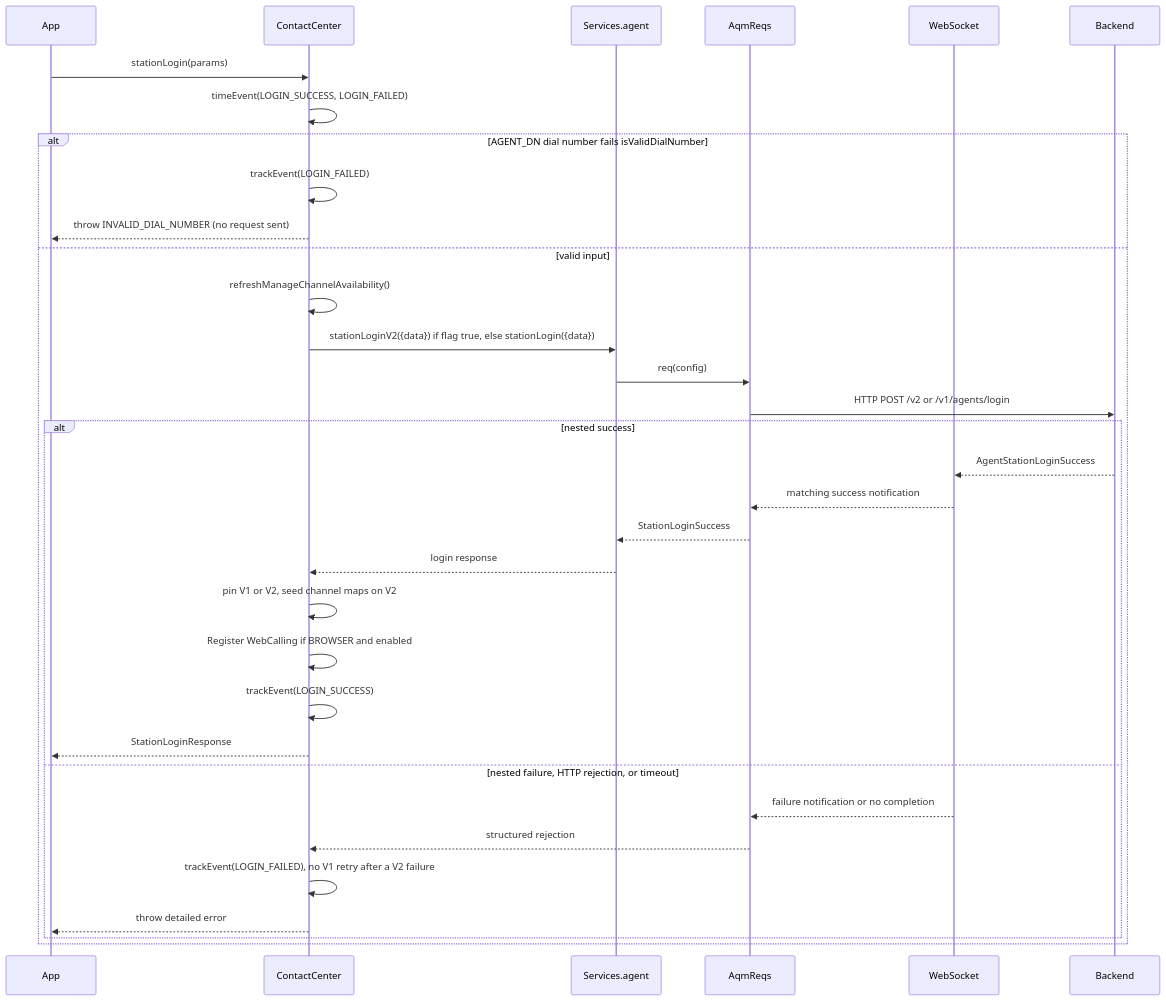
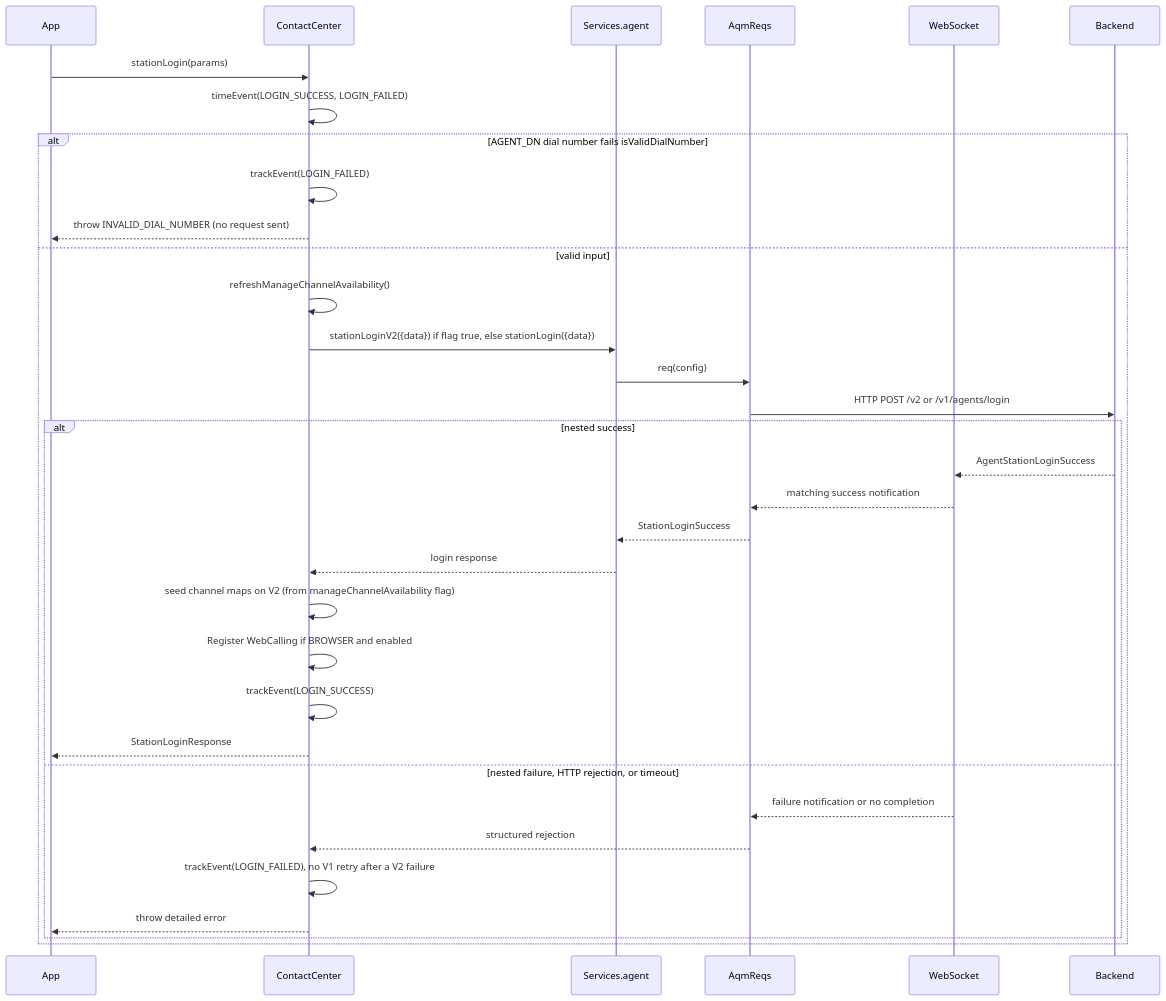
One commit to webex/webex-js-sdk changed the first of 7 diagrams in packages/@webex/contact-center/src/services/agent/docs/README.md. Above: the diagram before and after it, drawn with Mermaid. The commit also changed other lines of this file and 4 other files, not shown here.

First line of the commit message:
refactor(contact-center): remove pinnedVersion - use manageChannelAvailability directly

````diff
--- a/packages/@webex/contact-center/src/services/agent/docs/README.md
+++ b/packages/@webex/contact-center/src/services/agent/docs/README.md
@@ -385,35 +385,35 @@
 ```mermaid
 sequenceDiagram
     participant App
     participant CC as ContactCenter
     participant Svc as Services.agent
     participant AQM as AqmReqs
     participant WS as WebSocket
     participant BE as Backend
     App->>CC: stationLogin(params)
     CC->>CC: timeEvent(LOGIN_SUCCESS, LOGIN_FAILED)
     alt AGENT_DN dial number fails isValidDialNumber
       CC->>CC: trackEvent(LOGIN_FAILED)
       CC-->>App: throw INVALID_DIAL_NUMBER (no request sent)
     else valid input
       CC->>CC: refreshManageChannelAvailability()
       CC->>Svc: stationLoginV2({data}) if flag true, else stationLogin({data})
       Svc->>AQM: req(config)
       AQM->>BE: HTTP POST /v2 or /v1/agents/login
       alt nested success
         BE-->>WS: AgentStationLoginSuccess
         WS-->>AQM: matching success notification
         AQM-->>Svc: StationLoginSuccess
         Svc-->>CC: login response
-        CC->>CC: pin V1 or V2, seed channel maps on V2
+        CC->>CC: seed channel maps on V2 (from manageChannelAvailability flag)
         CC->>CC: Register WebCalling if BROWSER and enabled
         CC->>CC: trackEvent(LOGIN_SUCCESS)
         CC-->>App: StationLoginResponse
       else nested failure, HTTP rejection, or timeout
         WS-->>AQM: failure notification or no completion
         AQM-->>CC: structured rejection
         CC->>CC: trackEvent(LOGIN_FAILED), no V1 retry after a V2 failure
         CC-->>App: throw detailed error
       end
     end
 ```
````
